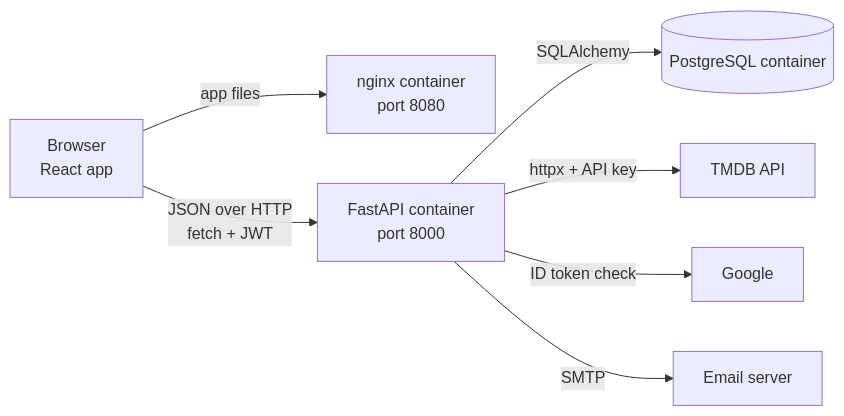
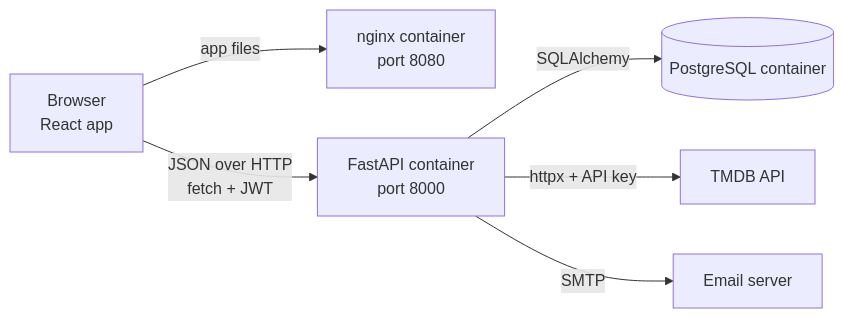
One commit to moshA-B/framerate changed the first of 5 diagrams in docs/project-book.md. Above: the diagram before and after it, drawn with Mermaid. The commit also changed other lines of this file and 9 other files, not shown here.

````diff
--- a/docs/project-book.md
+++ b/docs/project-book.md
@@ -35,9 +35,8 @@
 ```mermaid
 flowchart LR
     B[Browser<br/>React app] -->|app files| N[nginx container<br/>port 8080]
     B -->|JSON over HTTP<br/>fetch + JWT| A[FastAPI container<br/>port 8000]
     A -->|SQLAlchemy| D[(PostgreSQL container)]
     A -->|httpx + API key| T[TMDB API]
-    A -->|ID token check| G[Google]
     A -->|SMTP| M[Email server]
 ```
````
